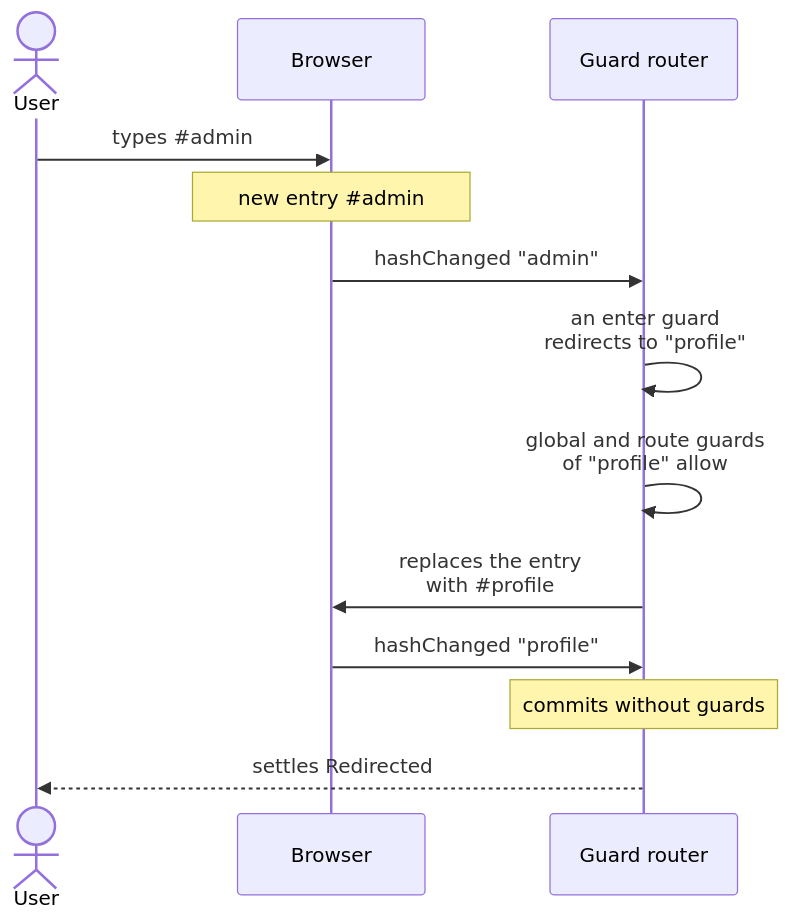
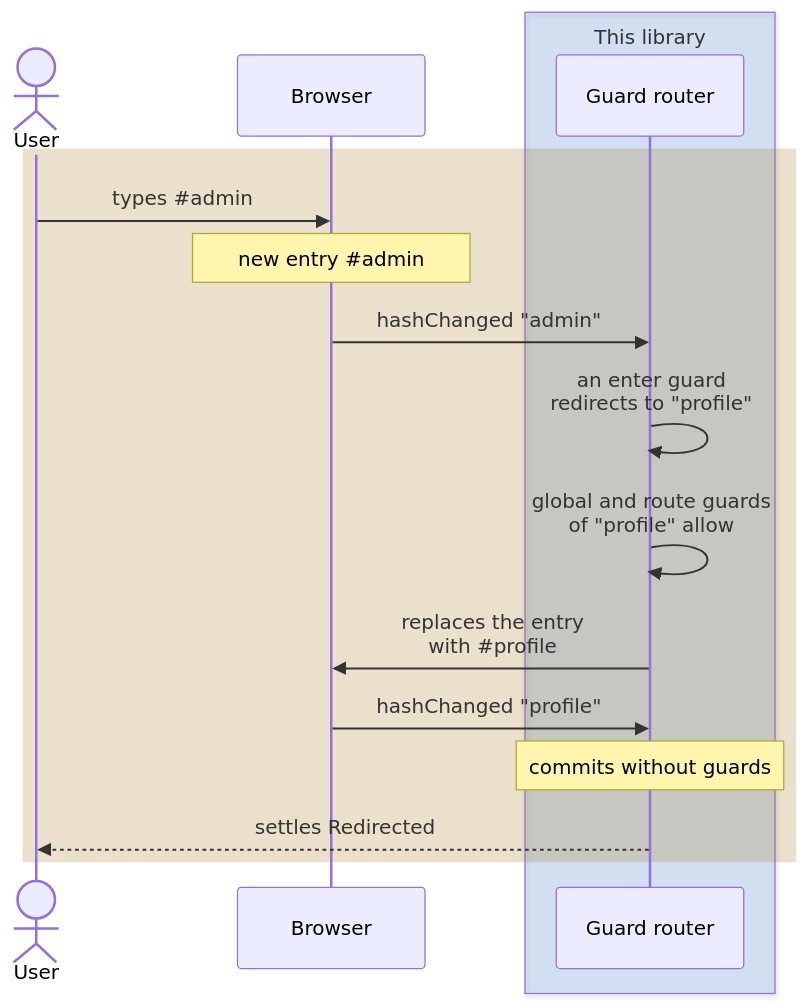
The eighth of 9 diagrams in packages/lib/README.md (wridgeu/ui5-lib-guard-router), drawn with Mermaid before and after one commit. The commit also changed other lines of this file and 4 other files, not shown here.

First line of the commit message:
docs: give every diagram the one palette and a legend

````diff
--- a/packages/lib/README.md
+++ b/packages/lib/README.md
@@ -1222,15 +1246,19 @@
 ```mermaid
 sequenceDiagram
     actor User
     participant Browser
-    participant Router as Guard router
-    User->>Browser: types #35;admin
-    Note over Browser: new entry #35;admin
-    Browser->>Router: hashChanged "admin"
-    Router->>Router: an enter guard<br/>redirects to "profile"
-    Router->>Router: global and route guards<br/>of "profile" allow
-    Router->>Browser: replaces the entry<br/>with #35;profile
-    Browser->>Router: hashChanged "profile"
-    Note over Router: commits without guards
-    Router-->>User: settles Redirected
+    box rgba(9, 105, 218, 0.15) This library
+        participant Router as Guard router
+    end
+    rect rgba(154, 103, 0, 0.2)
+        User->>Browser: types #35;admin
+        Note over Browser: new entry #35;admin
+        Browser->>Router: hashChanged "admin"
+        Router->>Router: an enter guard<br/>redirects to "profile"
+        Router->>Router: global and route guards<br/>of "profile" allow
+        Router->>Browser: replaces the entry<br/>with #35;profile
+        Browser->>Router: hashChanged "profile"
+        Note over Router: commits without guards
+        Router-->>User: settles Redirected
+    end
 ```
````
